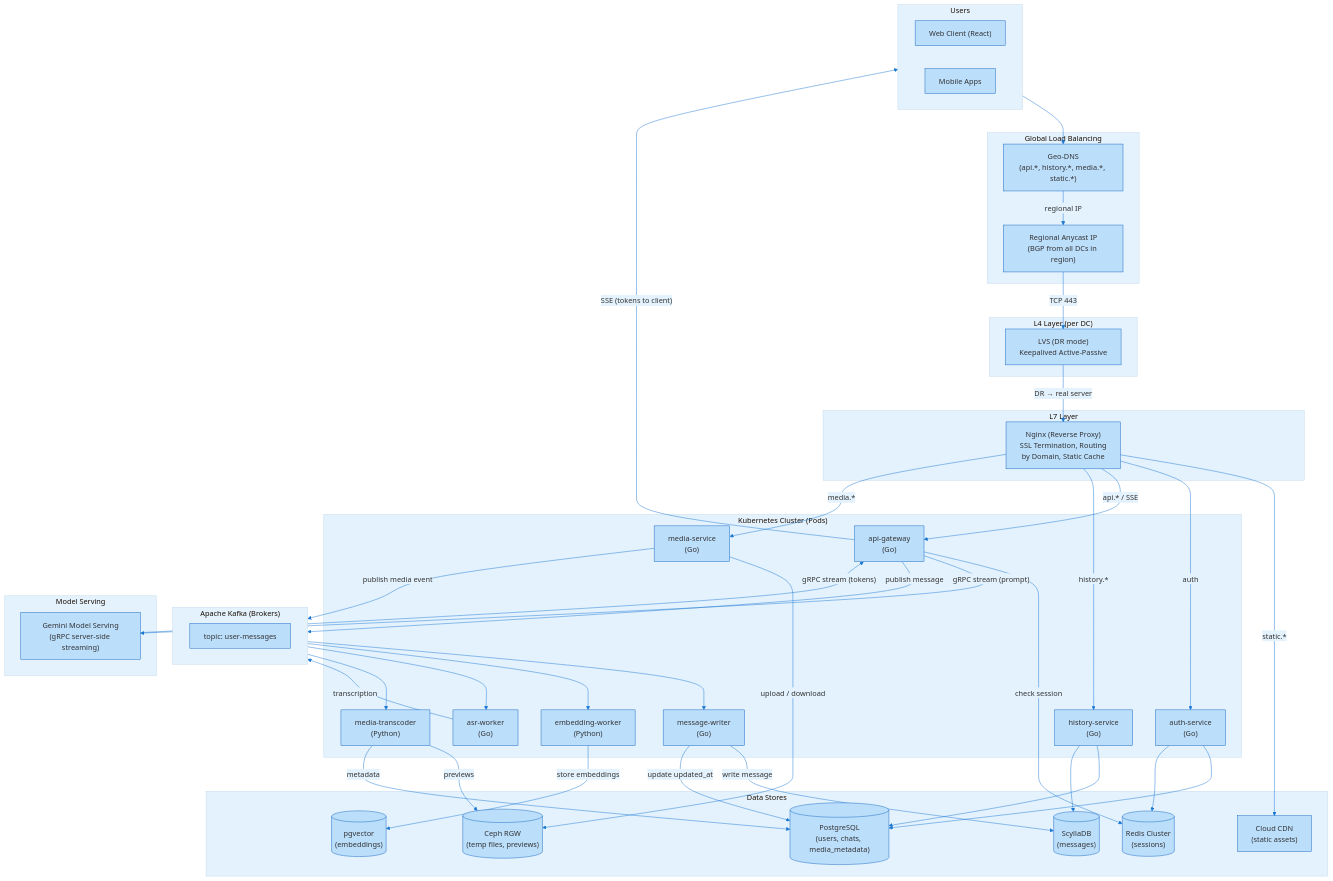
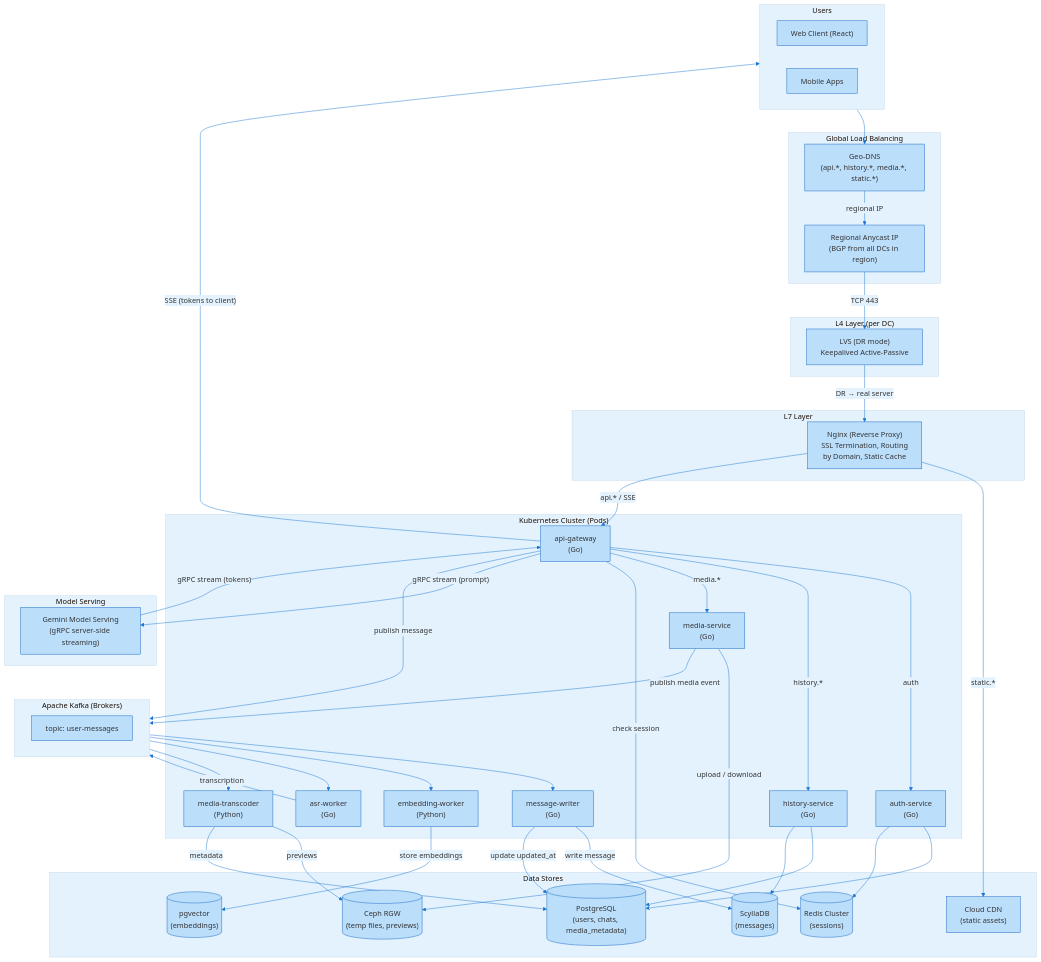
One commit to gettingthingsdoneee/gemini_highload changed the third of 3 diagrams in README.md. Above: the diagram before and after it, drawn with Mermaid.

```diff
--- a/README.md
+++ b/README.md
@@ -866,10 +866,10 @@
     LVS -- "DR → real server" --> NGINX
 
     NGINX -- "static.*" --> CDN
-    NGINX -- "auth" --> Auth
+    ApiGateway -- "auth" --> Auth
     NGINX -- "api.* / SSE" --> ApiGateway
-    NGINX -- "history.*" --> History
-    NGINX -- "media.*" --> MediaService
+    ApiGateway -- "history.*" --> History
+    ApiGateway -- "media.*" --> MediaService
 
     Auth --> PG
     Auth --> RedisSessions
```
